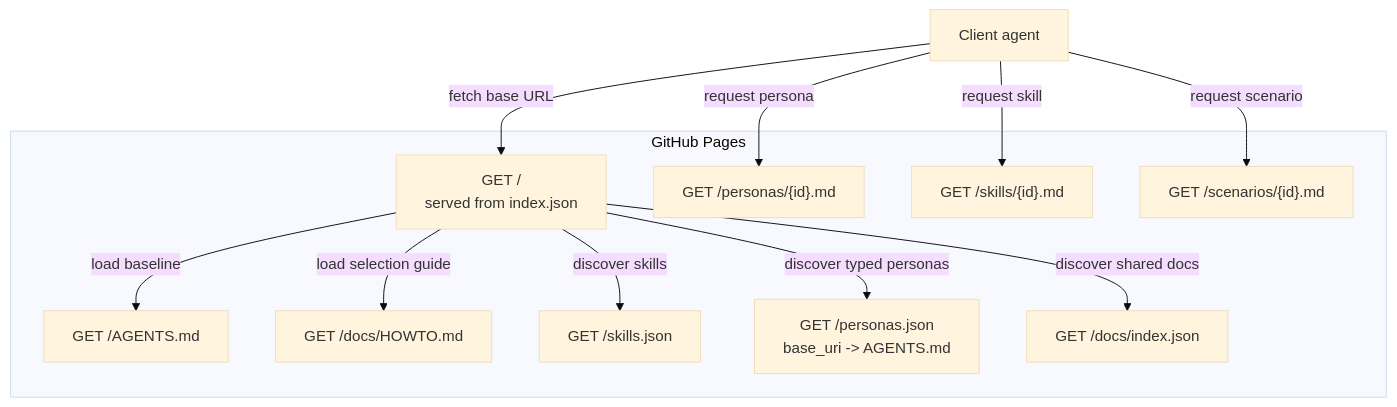
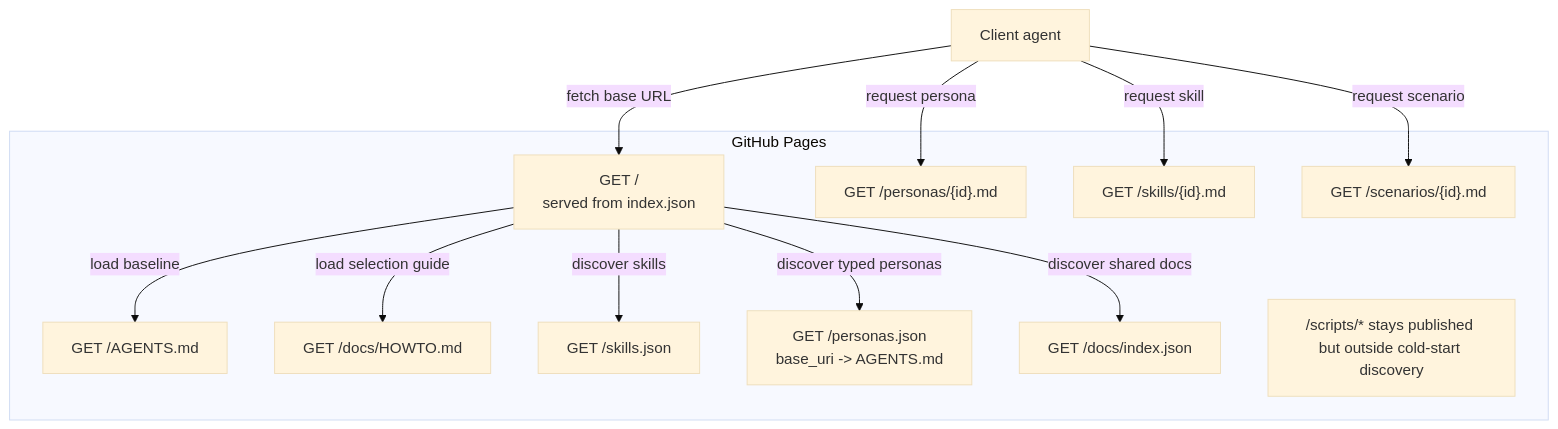
One commit to qqrm/codex-tools changed the first of 2 diagrams in README.md. Above: the diagram before and after it, drawn with Mermaid (base theme). The commit also changed other lines of this file and 7 other files, not shown here.

Commit message:
Auto-generate skills catalog and hide init scripts from base discovery

````diff
--- a/README.md
+++ b/README.md
@@ -213,24 +216,26 @@
 ```mermaid
 flowchart TD
   Client["Client agent"] -->|"fetch base URL"| Entrypoint["GET /<br/>served from index.json"]
   Entrypoint -->|"load baseline"| Agents["GET /AGENTS.md"]
   Entrypoint -->|"load selection guide"| HowTo["GET /docs/HOWTO.md"]
   Entrypoint -->|"discover skills"| Skills["GET /skills.json"]
   Entrypoint -->|"discover typed personas"| Catalog["GET /personas.json<br/>base_uri -> AGENTS.md"]
   Entrypoint -->|"discover shared docs"| Docs["GET /docs/index.json"]
+  Note["/scripts/* stays published but outside cold-start discovery"]
   Client -->|"request persona"| Persona["GET /personas/{id}.md"]
   Client -->|"request skill"| Skill["GET /skills/{id}.md"]
   Client -->|"request scenario"| Scenario["GET /scenarios/{id}.md"]
 
   subgraph GitHubPages["GitHub Pages"]
     Entrypoint
     HowTo
     Skills
     Catalog
     Docs
     Agents
     Persona
     Skill
     Scenario
+    Note
   end
 ```
````
